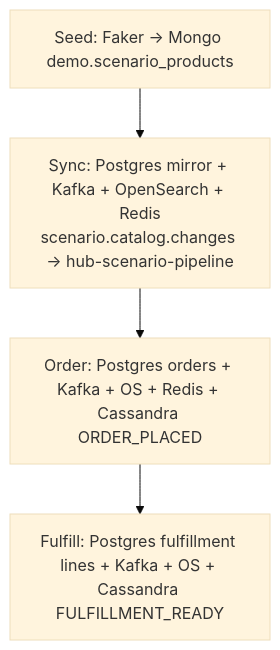
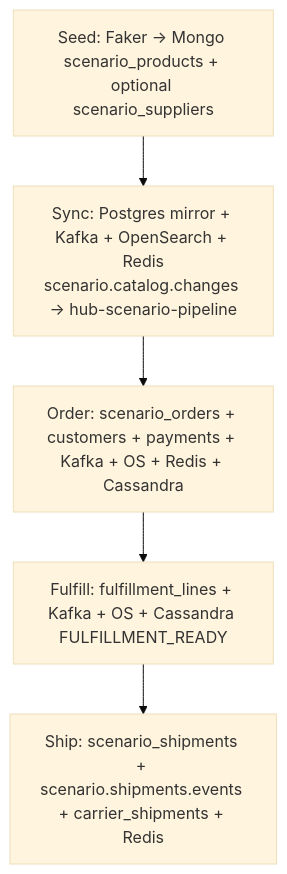
The second of 3 diagrams in mcac-demo-hub/dashboards/demo/deploy/docker/realtime-orders-search-hub/scenario-flow/README.md (daksh17/cassandra_testing), drawn with Mermaid (base theme) before and after one commit. The commit also changed other lines of this file and 12 other files, not shown here.

First line of the commit message:
demo-hub: expand multi-DB scenario (customers, payments, shipments, docs)

````diff
--- a/mcac-demo-hub/dashboards/demo/deploy/docker/realtime-orders-search-hub/scenario-flow/README.md
+++ b/mcac-demo-hub/dashboards/demo/deploy/docker/realtime-orders-search-hub/scenario-flow/README.md
@@ -168,8 +193,9 @@
 ```mermaid
 flowchart TB
-  A[Seed: Faker → Mongo demo.scenario_products]
+  A[Seed: Faker → Mongo scenario_products + optional scenario_suppliers]
   B[Sync: Postgres mirror + Kafka + OpenSearch + Redis\nscenario.catalog.changes → hub-scenario-pipeline]
-  C[Order: Postgres orders + Kafka + OS + Redis + Cassandra ORDER_PLACED]
-  D[Fulfill: Postgres fulfillment lines + Kafka + OS + Cassandra FULFILLMENT_READY]
-  A --> B --> C --> D
+  C[Order: scenario_orders + customers + payments + Kafka + OS + Redis + Cassandra]
+  D[Fulfill: fulfillment_lines + Kafka + OS + Cassandra FULFILLMENT_READY]
+  E[Ship: scenario_shipments + scenario.shipments.events + carrier_shipments + Redis]
+  A --> B --> C --> D --> E
 ```
````
